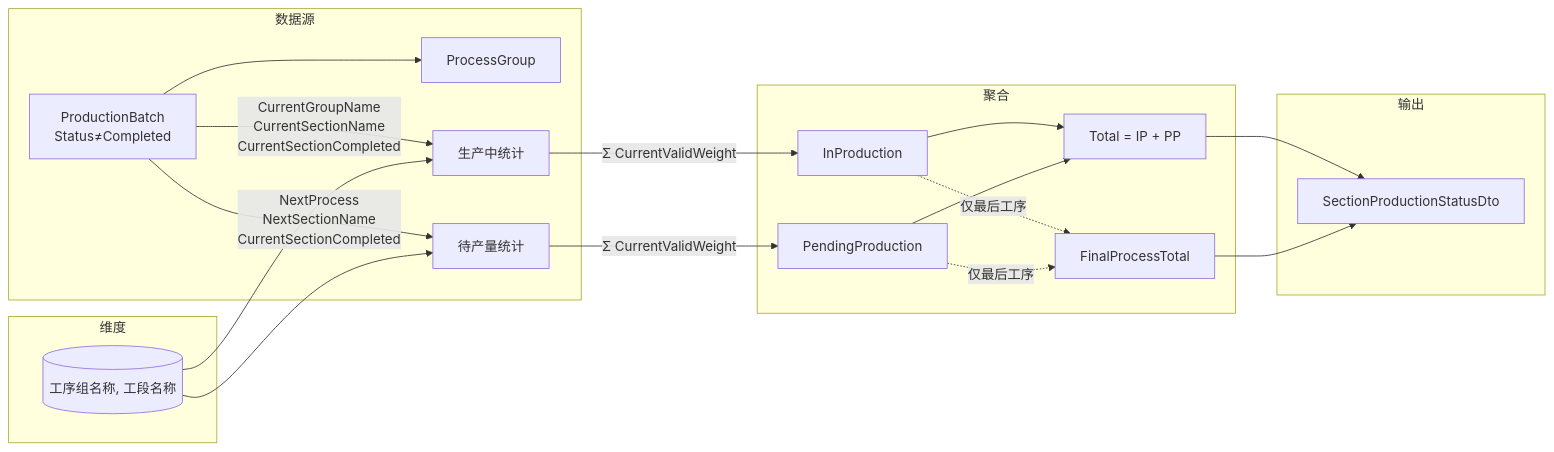
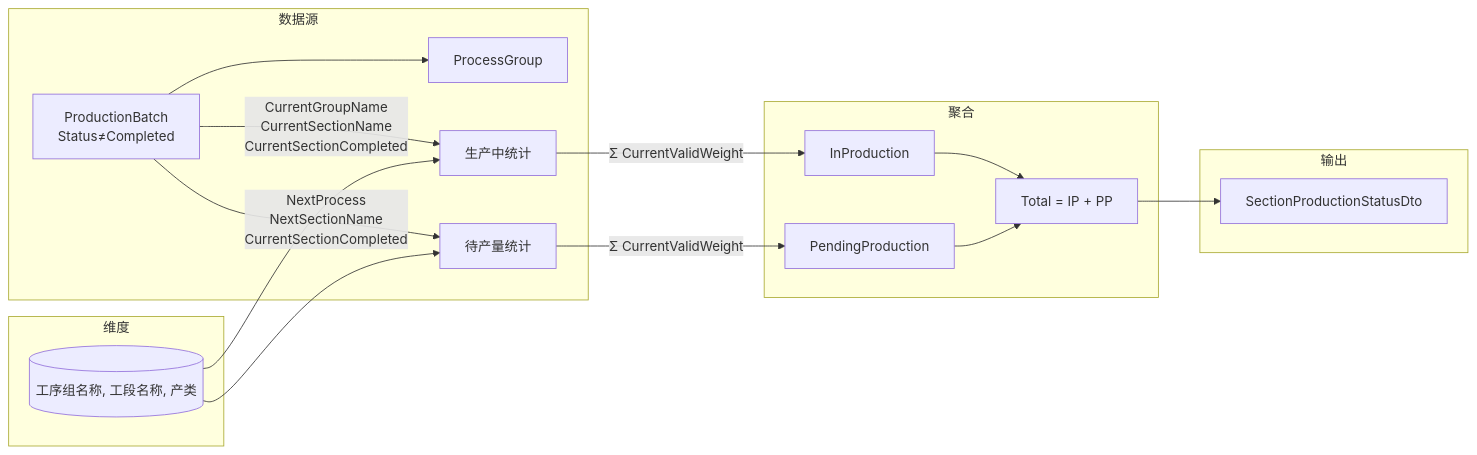
Before and after one commit to zhz151/MES: the third of 8 diagrams in docs/模块设计/计划排程上下文详细设计.md, drawn with Mermaid. The commit also changed other lines of this file and 276 other files, not shown here.

````diff
--- a/docs/模块设计/计划排程上下文详细设计.md
+++ b/docs/模块设计/计划排程上下文详细设计.md
@@ -116,27 +115,24 @@
 ```mermaid
 flowchart LR
     subgraph 数据源
         B[ProductionBatch<br/>Status≠Completed] --> PG[ProcessGroup]
         B -->|CurrentGroupName<br/>CurrentSectionName<br/>CurrentSectionCompleted| A1[生产中统计]
         B -->|NextProcess<br/>NextSectionName<br/>CurrentSectionCompleted| A2[待产量统计]
     end
 
     subgraph 维度
-        DIM[(工序组名称, 工段名称)] --> A1
+        DIM[(工序组名称, 工段名称, 产类)] --> A1
         DIM --> A2
     end
 
     subgraph 聚合
         A1 -->|Σ CurrentValidWeight| IP[InProduction]
         A2 -->|Σ CurrentValidWeight| PP[PendingProduction]
         IP --> T[Total = IP + PP]
         PP --> T
-        IP -.->|仅最后工序| FT[FinalProcessTotal]
-        PP -.->|仅最后工序| FT
     end
 
     subgraph 输出
         T --> R[SectionProductionStatusDto]
-        FT --> R
     end
 ```
````
